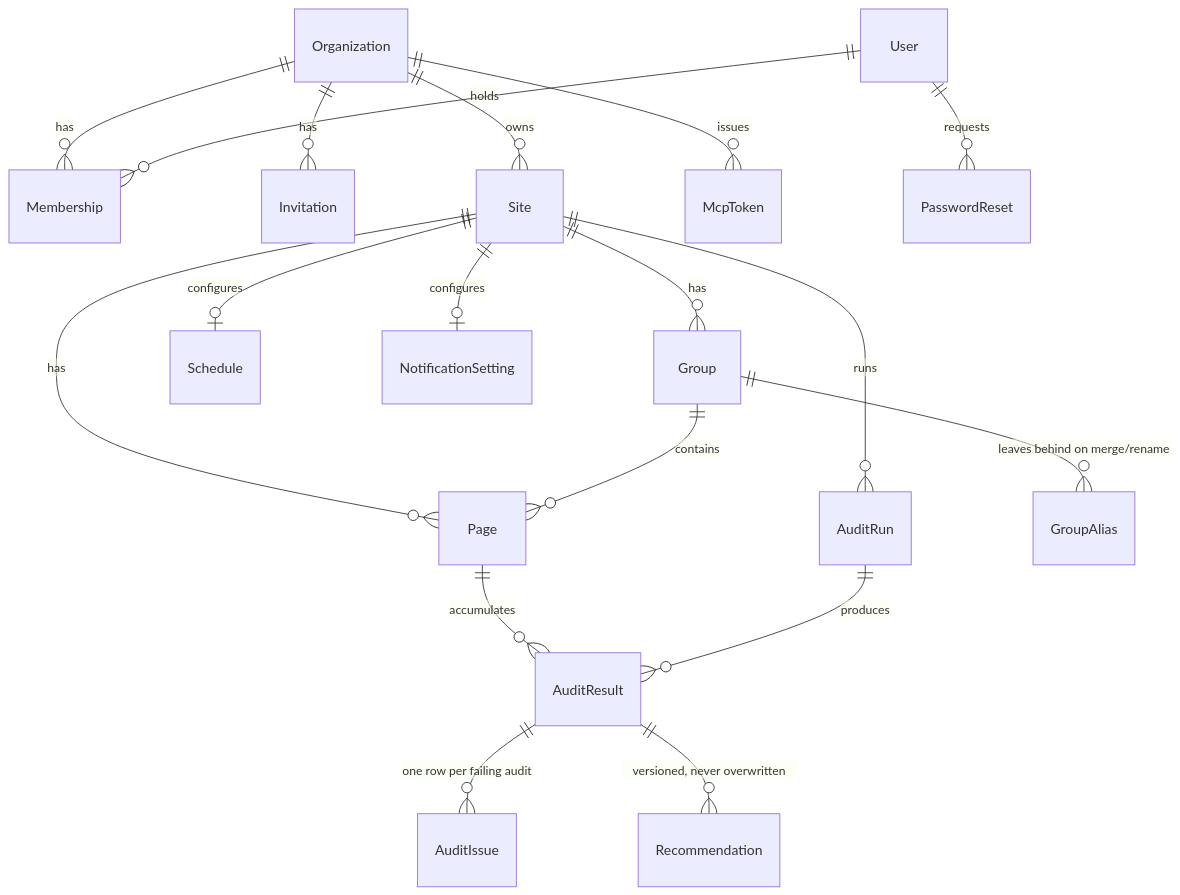
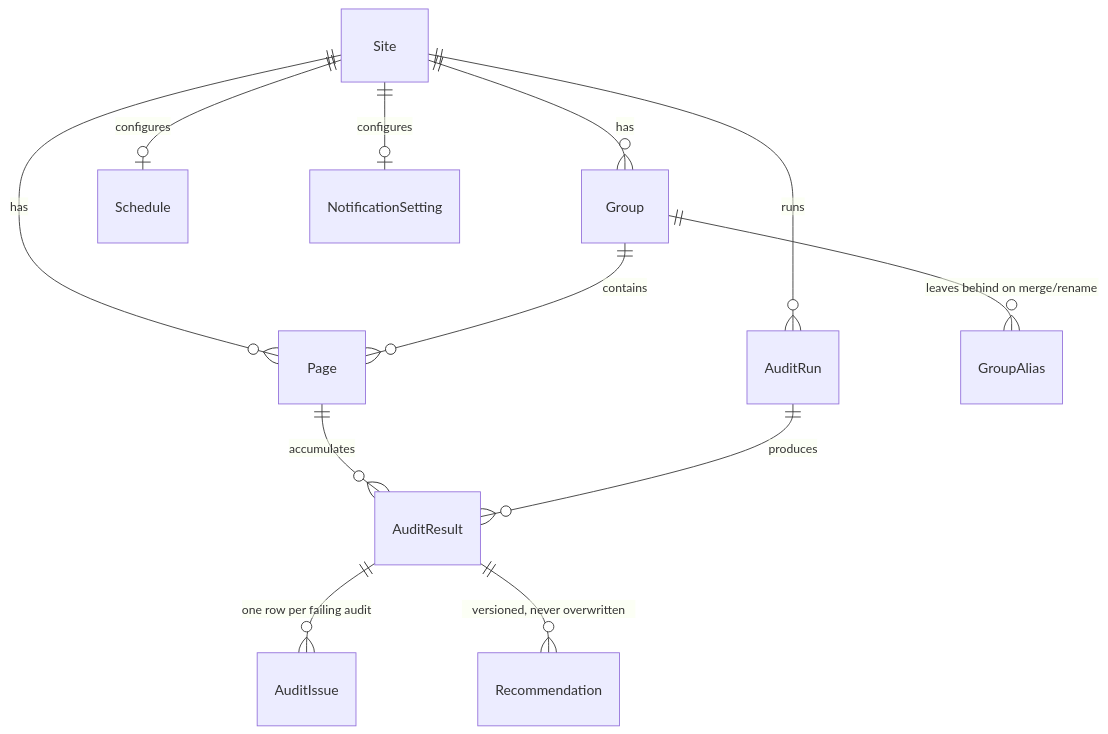
One commit to dasariprashant0/pagespeed-auditor changed the second of 2 diagrams in docs/BACKEND_SCHEMA.md. Above: the diagram before and after it, drawn with Mermaid. The commit also changed other lines of this file and 13 other files, not shown here.

````diff
--- a/docs/BACKEND_SCHEMA.md
+++ b/docs/BACKEND_SCHEMA.md
@@ -10,20 +30,14 @@
 ```mermaid
 erDiagram
-  Organization ||--o{ Membership : has
-  Organization ||--o{ Invitation : has
-  Organization ||--o{ Site : owns
-  Organization ||--o{ McpToken : issues
-  User ||--o{ Membership : holds
-  User ||--o{ PasswordReset : requests
   Site ||--o{ Group : has
   Site ||--o{ Page : has
   Site ||--o| Schedule : configures
   Site ||--o| NotificationSetting : configures
   Site ||--o{ AuditRun : runs
   Group ||--o{ Page : contains
   Group ||--o{ GroupAlias : "leaves behind on merge/rename"
   Page ||--o{ AuditResult : accumulates
   AuditRun ||--o{ AuditResult : produces
   AuditResult ||--o{ AuditIssue : "one row per failing audit"
   AuditResult ||--o{ Recommendation : "versioned, never overwritten"
 ```
````
